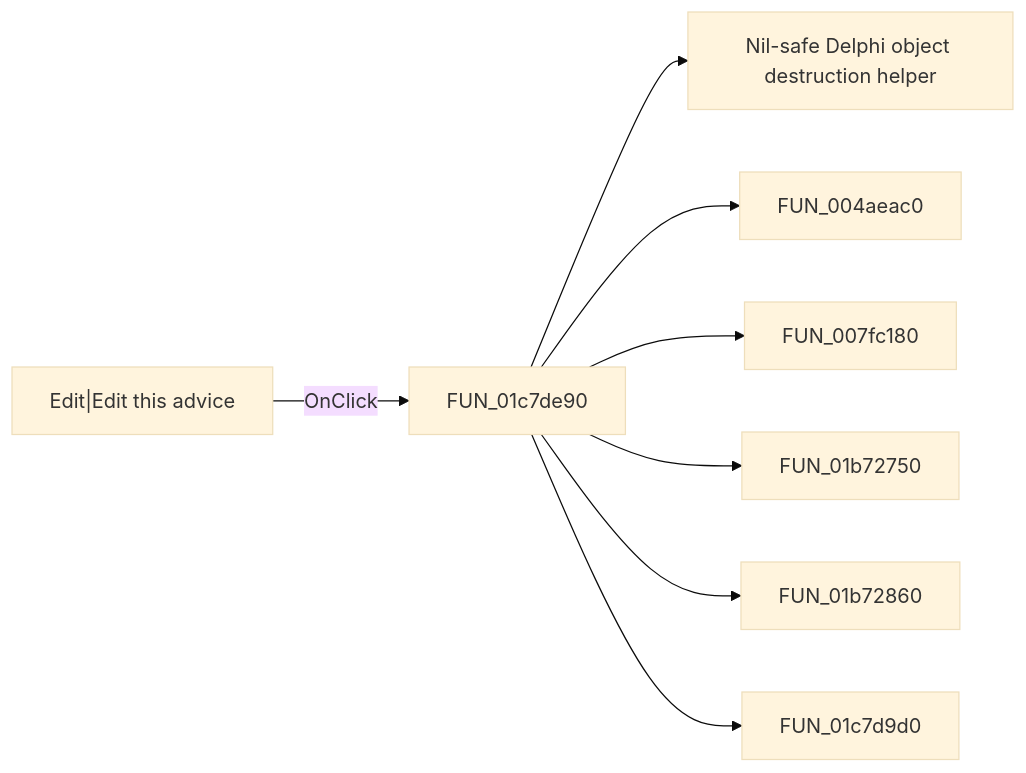
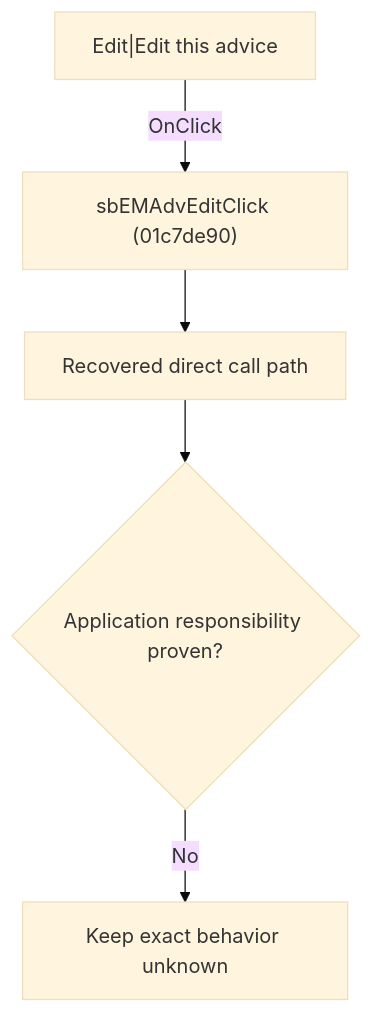
One commit to MovGP0/TIARA changed the diagram in docs/ui-controls/schematiceditor/sbemadvedit-59aa7336c7.md. Above: the diagram before and after it, drawn with Mermaid (base theme). The commit also changed other lines of this file and 1062 other files, not shown here.

````diff
--- a/docs/ui-controls/schematiceditor/sbemadvedit-59aa7336c7.md
+++ b/docs/ui-controls/schematiceditor/sbemadvedit-59aa7336c7.md
@@ -27,10 +27,7 @@
 ```mermaid
-flowchart LR
-    control["Edit|Edit this advice"] -->|OnClick| handler["FUN_01c7de90"]
-    handler --> call1["Nil-safe Delphi object destruction helper"]
-    handler --> call2["FUN_004aeac0"]
-    handler --> call3["FUN_007fc180"]
-    handler --> call4["FUN_01b72750"]
-    handler --> call5["FUN_01b72860"]
-    handler --> call6["FUN_01c7d9d0"]
+flowchart TD
+    control["Edit|Edit this advice"] -->|"OnClick"| handler["sbEMAdvEditClick (01c7de90)"]
+    handler --> recovered["Recovered direct call path"]
+    recovered --> gap{"Application responsibility proven?"}
+    gap -->|"No"| blocked["Keep exact behavior unknown"]
 ```
````
